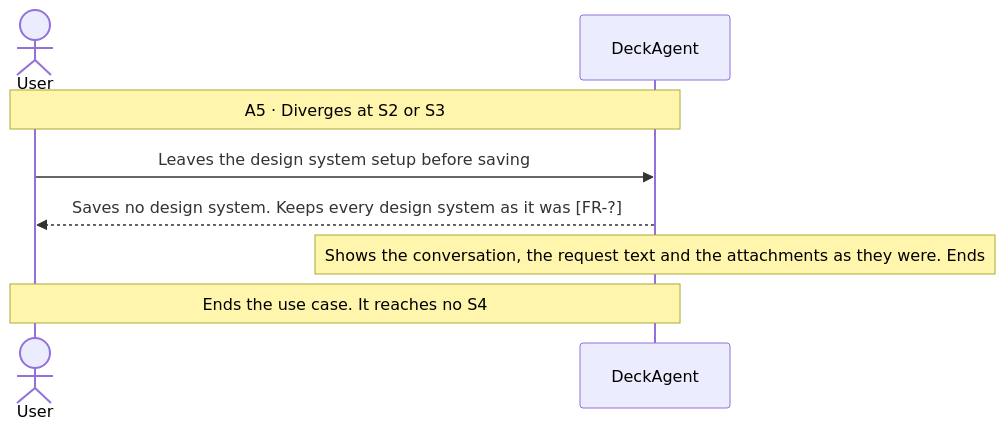
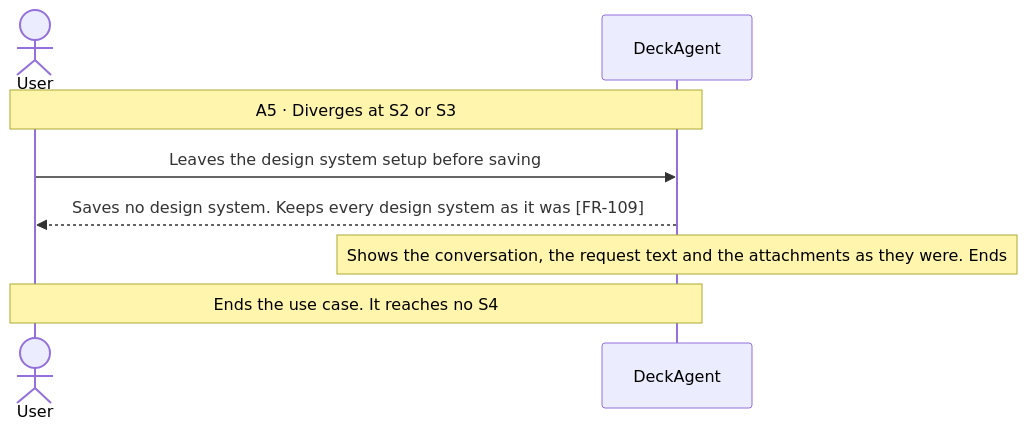
One commit to Luke23127006/DeckAgent changed the sixth of 8 diagrams in docs/spec/03-use-cases/UC-010.md. Above: the diagram before and after it, drawn with Mermaid. The commit also changed other lines of this file and 31 other files, not shown here.

````diff
--- a/docs/spec/03-use-cases/UC-010.md
+++ b/docs/spec/03-use-cases/UC-010.md
@@ -113,10 +114,10 @@
 ```mermaid
 sequenceDiagram
     actor User
     participant DeckAgent
     Note over User,DeckAgent: A5 · Diverges at S2 or S3
     User->>DeckAgent: Leaves the design system setup before saving
-    DeckAgent-->>User: Saves no design system. Keeps every design system as it was [FR-?]
+    DeckAgent-->>User: Saves no design system. Keeps every design system as it was [FR-109]
     note over DeckAgent: Shows the conversation, the request text and the attachments as they were. Ends
     Note over User,DeckAgent: Ends the use case. It reaches no S4
 ```
````
